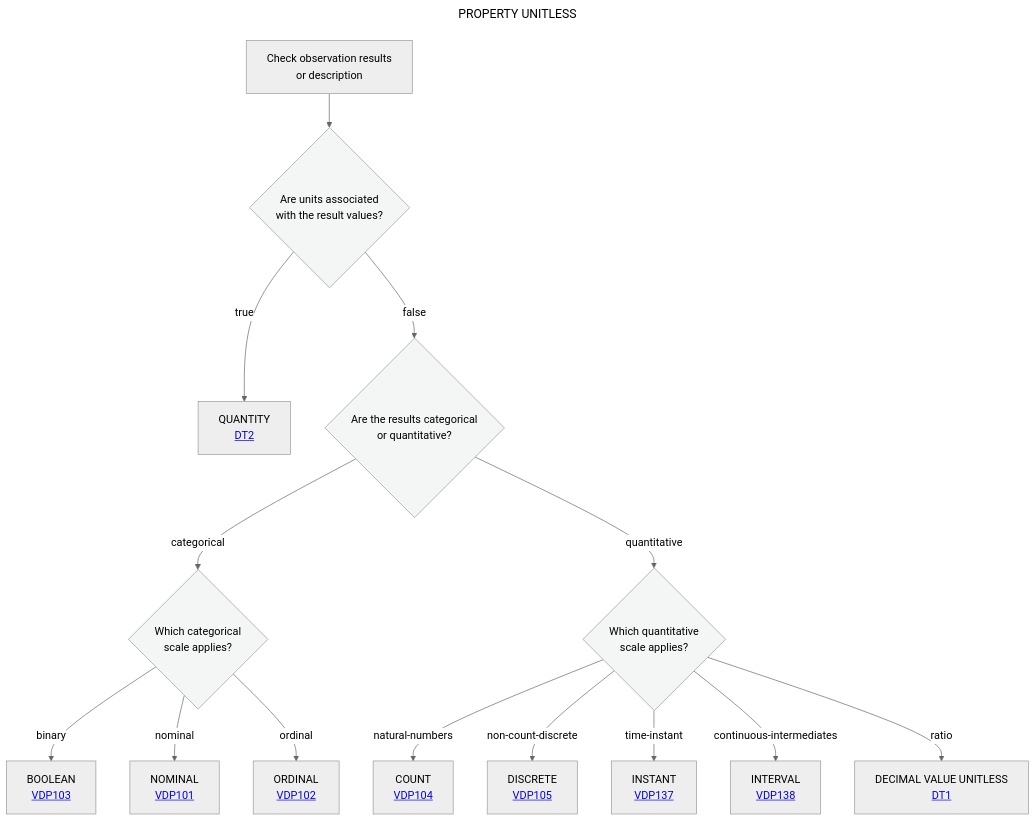
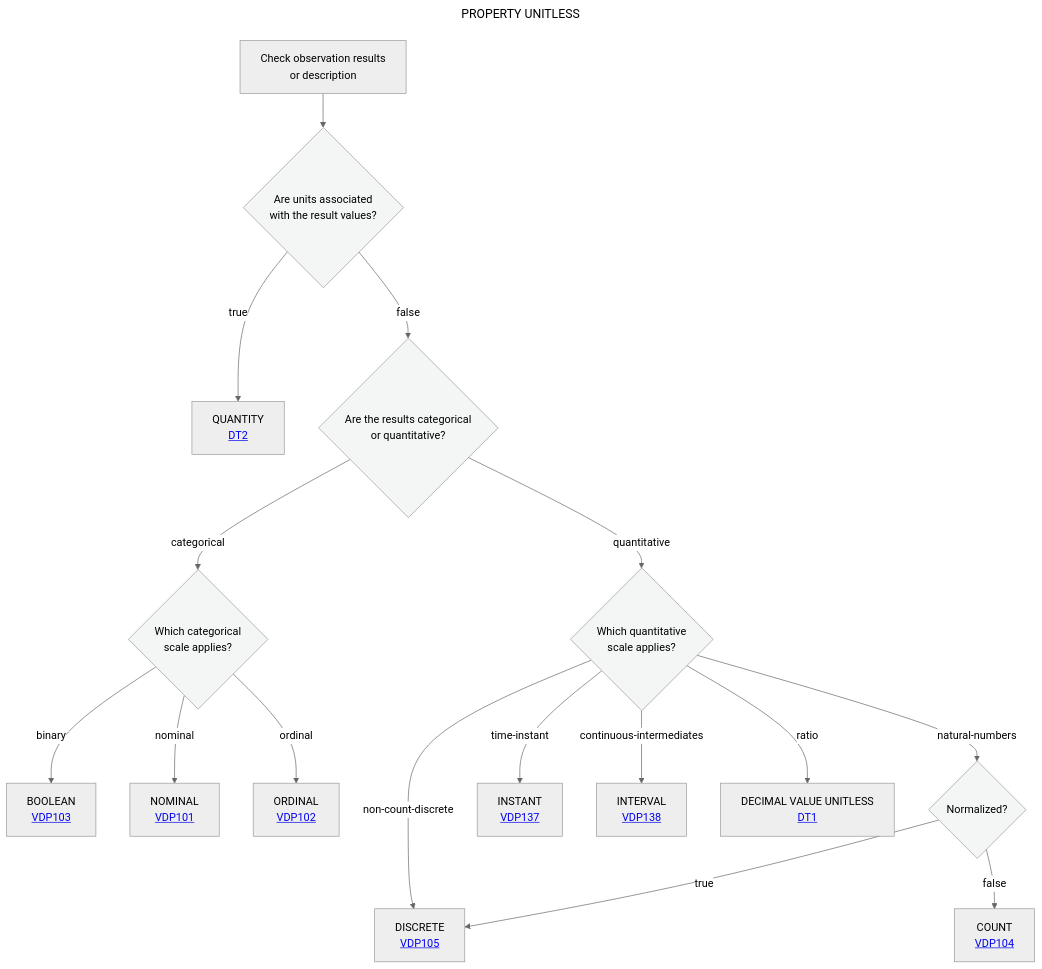
One commit to mabablue/I-ADOPT-patterns-playground changed the diagram in Decisition_trees/DT0.mmd. Above: the diagram before and after it, drawn with Mermaid (neutral theme).

```diff
--- a/Decisition_trees/DT0.mmd
+++ b/Decisition_trees/DT0.mmd
@@ -1,28 +1,30 @@
 ---
 title: PROPERTY UNITLESS
 ---
 flowchart TD
     A[Check observation results <br> or description] --> B{Are units associated <br> with the result values?}:::white
     
     %% Branch: Units Present -> QUANTITY (Ratio Scale with Units)
     B --> |true|N[QUANTITY <br> <a href='https://github.com/mabablue/I-ADOPT-patterns-playground/blob/main/Decisition_trees/DT2.mmd'>DT2</a><br>]
     
     %% Branch: Unitless Path
     B --> |false|C{Are the results categorical <br> or quantitative?}:::white
     
     %% Categorical Branch (Binary, Nominal, Ordinal)
     C -- categorical --> D{Which categorical <br> scale applies?}:::white
     D -- binary --> E[BOOLEAN <br> <a href='https://github.com/mabablue/I-ADOPT-patterns-playground/blob/main/pattern/VDP103.yaml'>VDP103</a><br>]
     D -- nominal -->F[NOMINAL <br> <a href='https://github.com/mabablue/I-ADOPT-patterns-playground/blob/main/pattern/VDP101.yaml'>VDP101</a><br>]
     D -- ordinal -->G[ORDINAL <br> <a href='https://github.com/mabablue/I-ADOPT-patterns-playground/blob/main/pattern/VDP102.yaml'>VDP102</a><br>]
     C -- quantitative -->H{Which quantitative <br> scale applies?}:::white
-    H -- natural-numbers -->I[COUNT <br> <a href='https://github.com/mabablue/I-ADOPT-patterns-playground/blob/main/pattern/VDP104.yaml'>VDP104</a><br>]
+    H -- natural-numbers -->I{Normalized?}:::white
+    I --> |true|O[NORMALIZED COUNT <br> <a href='https://github.com/mabablue/I-ADOPT-patterns-playground/blob/main/pattern/VDP124.yaml'>VDP124</a><br>]
+    I --> |false|P[COUNT <br> <a href='https://github.com/mabablue/I-ADOPT-patterns-playground/blob/main/pattern/VDP104.yaml'>VDP104</a><br>]
     H -- non-count-discrete -->O[DISCRETE <br> <a href='https://github.com/mabablue/I-ADOPT-patterns-playground/blob/main/pattern/VDP104.yaml'>VDP105</a><br>]
     H -- time-instant -->K[INSTANT <br> <a href='https://github.com/mabablue/I-ADOPT-patterns-playground/blob/main/pattern/VDP137.yaml'>VDP137</a><br>]
     H -- continuous-intermediates -->L[INTERVAL <br> <a href='https://github.com/mabablue/I-ADOPT-patterns-playground/blob/main/pattern/VDP138.yaml'>VDP138</a><br>]
     H -- ratio -->M[DECIMAL VALUE UNITLESS <br> <a href='https://github.com/mabablue/I-ADOPT-patterns-playground/blob/main/Decisition_trees/DT1.mmd'>DT1</a><br>]
 
     classDef blue fill:#90D5FF
     classDef satblue fill:#57B9FF
     classDef white fill:#f3f6f4
     classDef green fill:#6aa84f
```
